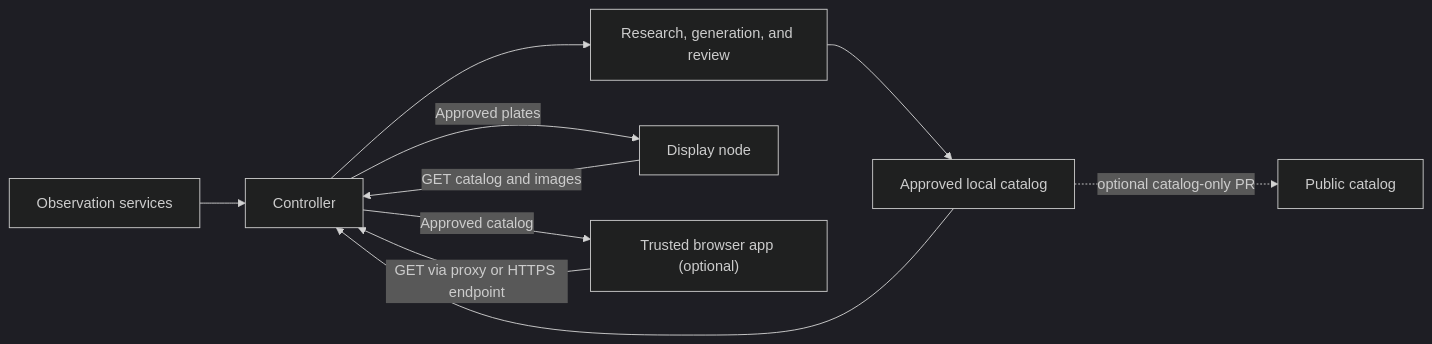
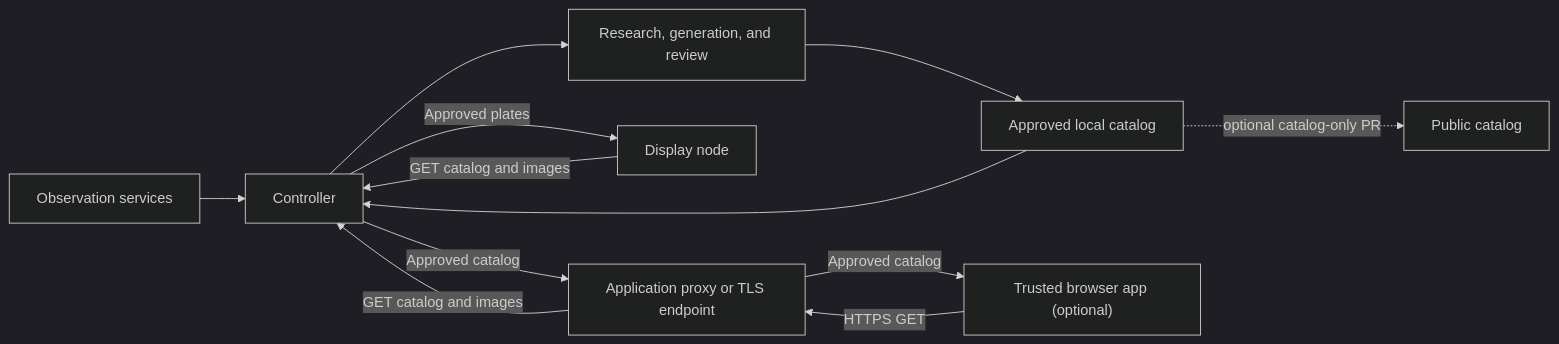
Before and after one commit to veteranbv/inky-bird-frame: the diagram in docs/architecture.md, drawn with Mermaid (dark theme). The commit also changed other lines of this file and 6 other files, not shown here.

Commit message:
Document browser proxy hop

````diff
--- a/docs/architecture.md
+++ b/docs/architecture.md
@@ -8,12 +9,14 @@
 ```mermaid
 flowchart LR
     S["Observation services"] --> C["Controller"]
     C --> R["Research, generation, and review"]
     R --> A["Approved local catalog"]
     A --> C
     D["Display node"] -- "GET catalog and images" --> C
     C -- "Approved plates" --> D
-    B["Trusted browser app (optional)"] -- "GET via proxy or HTTPS endpoint" --> C
-    C -- "Approved catalog" --> B
+    B["Trusted browser app (optional)"] -- "HTTPS GET" --> X["Application proxy or TLS endpoint"]
+    X -- "GET catalog and images" --> C
+    C -- "Approved catalog" --> X
+    X -- "Approved catalog" --> B
     A -. "optional catalog-only PR" .-> P["Public catalog"]
 ```
````
